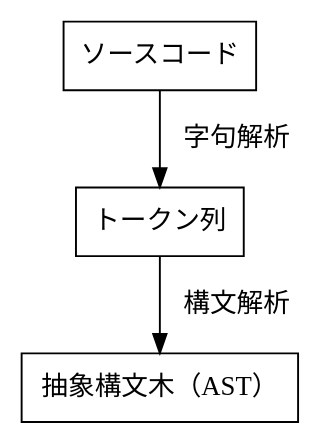
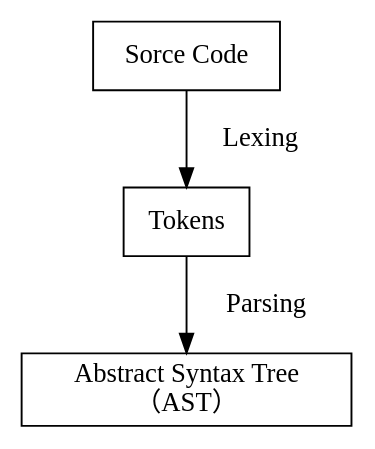
The diagram in Writing_an_Interpreter_in_GO.md (Koheki/WaIiG), drawn with Graphviz before and after one commit. The commit also changed 56 other files, not shown here.

````diff
--- a/Writing_an_Interpreter_in_GO.md
+++ b/Writing_an_Interpreter_in_GO.md
@@ -2,12 +2,12 @@
 ```dot
 digraph {
     node [shape=box];
 
-    A[label="ソースコード"];
-    B[label="トークン列"];
-    C[label="抽象構文木（AST）"];
+    A[label="Sorce Code"];
+    B[label="Tokens"];
+    C[label="Abstract Syntax Tree \n（AST）"];
 
-    A->B[label="    字句解析"];
-    B->C[label="    構文解析"];
+    A->B[label="    Lexing"];
+    B->C[label="    Parsing"];
 }
 ```
````
